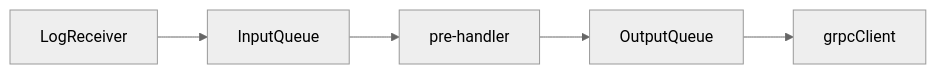
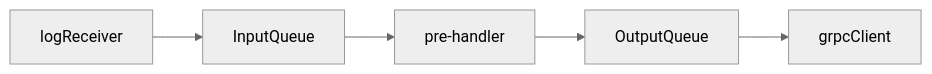
Before and after one commit to WangMinan/arktouros: the diagram in docs/架构设计.md, drawn with Mermaid (neutral theme). The commit also changed other lines of this file and 13 other files, not shown here.

````diff
--- a/docs/架构设计.md
+++ b/docs/架构设计.md
@@ -5,7 +7,7 @@
 ```mermaid
 graph LR
-	LogReceiver --> InputQueue
+	logReceiver --> InputQueue
 	InputQueue --> pre-handler
 	pre-handler --> OutputQueue
 	OutputQueue --> grpcClient
 ```
````
